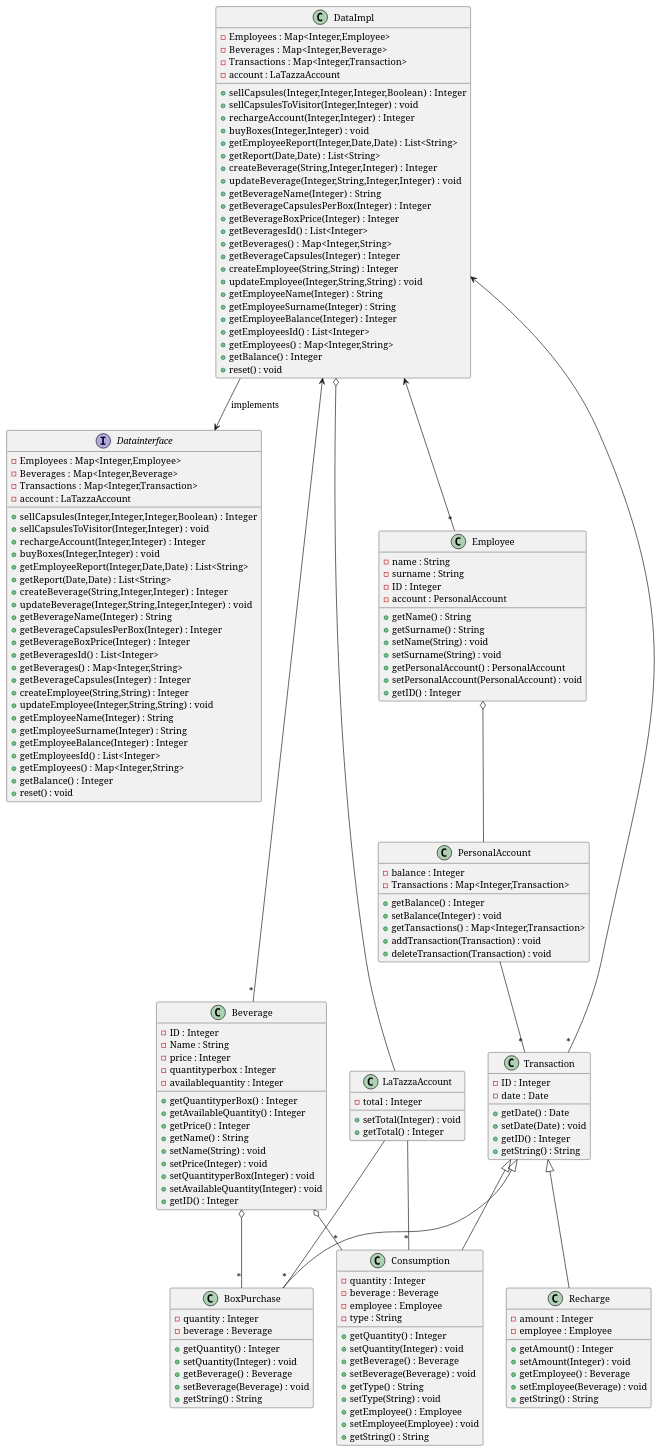
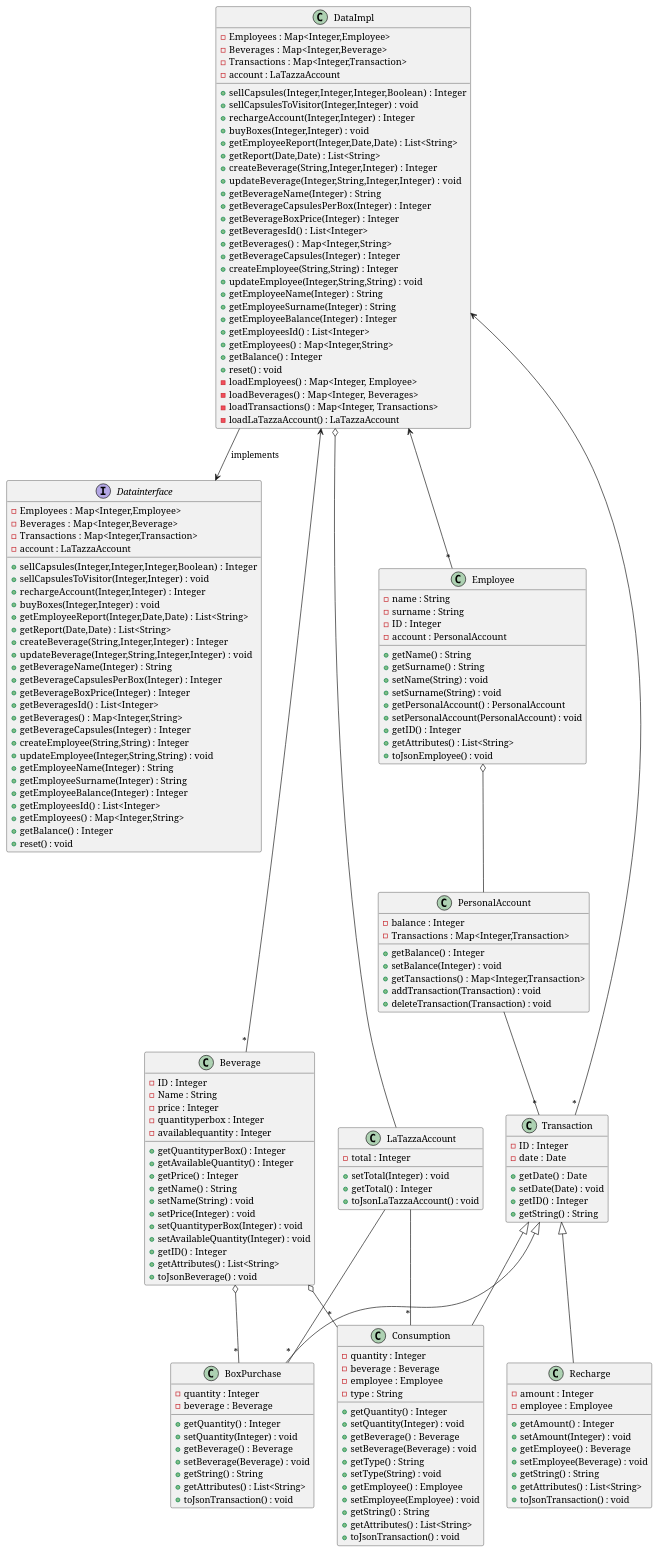
Before and after one commit to salvatore-dimartino/LaTazza: the third of 7 diagrams in templates/DesignDocumentTemplate.md, drawn with PlantUML.

```diff
--- a/templates/DesignDocumentTemplate.md
+++ b/templates/DesignDocumentTemplate.md
@@ -132,6 +132,10 @@
     +getEmployees() : Map<Integer,String>
     +getBalance() : Integer
     +reset() : void
+    -loadEmployees() : Map<Integer, Employee>
+    -loadBeverages() : Map<Integer, Beverages>
+    -loadTransactions() : Map<Integer, Transactions>
+    -loadLaTazzaAccount() : LaTazzaAccount
 }
 
 DataImpl --> Datainterface: implements
@@ -152,6 +156,7 @@
     
     +setTotal(Integer) : void
     +getTotal() : Integer
+    +toJsonLaTazzaAccount() : void
 }
 
 class Employee {
@@ -167,6 +172,8 @@
     +getPersonalAccount() : PersonalAccount
     +setPersonalAccount(PersonalAccount) : void
     +getID() : Integer
+    +getAttributes() : List<String>
+    +toJsonEmployee() : void
 }
 
 class Beverage {
@@ -185,6 +192,8 @@
     +setQuantityperBox(Integer) : void
     +setAvailableQuantity(Integer) : void
     +getID() : Integer
+    +getAttributes() : List<String>
+    +toJsonBeverage() : void
 }
 
 class BoxPurchase {
@@ -196,6 +205,8 @@
     +getBeverage() : Beverage
     +setBeverage(Beverage) : void
     +getString() : String
+    +getAttributes() : List<String>
+    +toJsonTransaction() : void
 }
 
 class Transaction {
@@ -236,6 +247,8 @@
     +getEmployee() : Beverage
     +setEmployee(Beverage) : void
     +getString() : String
+    +getAttributes() : List<String>
+    +toJsonTransaction() : void
 }
 
 class Consumption {
@@ -253,6 +266,8 @@
     +getEmployee() : Employee
     +setEmployee(Employee) : void
     +getString() : String
+    +getAttributes() : List<String>
+    +toJsonTransaction() : void
 }
 
 
```
